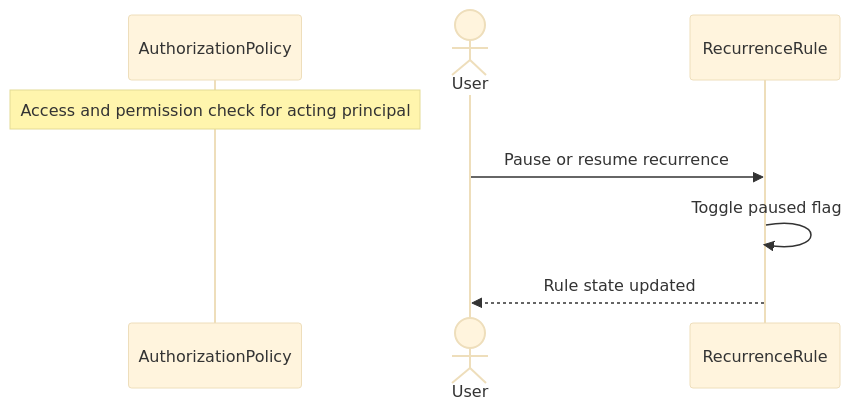
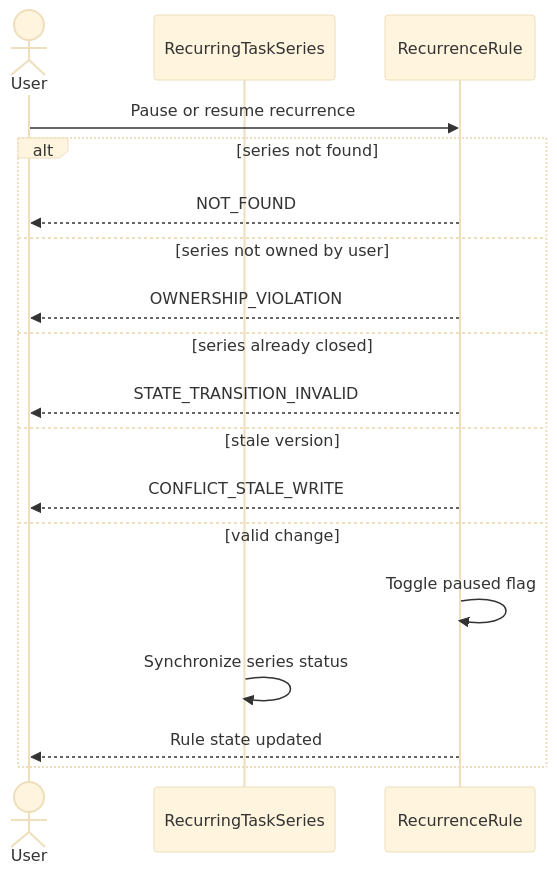
Diagram 13 of 15 in architecture/sequence-diagrams/03-tasks-recurrence.md (ChidiRnweke/margin), drawn with Mermaid (base theme) before and after one commit. The commit also changed other lines of this file and 12 other files, not shown here.

Commit message:
Enhance sequence diagrams and introduce traceability matrix

````diff
--- a/architecture/sequence-diagrams/03-tasks-recurrence.md
+++ b/architecture/sequence-diagrams/03-tasks-recurrence.md
@@ -215,10 +311,20 @@
 ```mermaid
 sequenceDiagram
-    participant G as AuthorizationPolicy
-    Note over G: Access and permission check for acting principal
     actor U as User
+    participant S as RecurringTaskSeries
     participant C as RecurrenceRule
     U->>C: Pause or resume recurrence
-    C->>C: Toggle paused flag
-    C-->>U: Rule state updated
+    alt series not found
+        C-->>U: NOT_FOUND
+    else series not owned by user
+        C-->>U: OWNERSHIP_VIOLATION
+    else series already closed
+        C-->>U: STATE_TRANSITION_INVALID
+    else stale version
+        C-->>U: CONFLICT_STALE_WRITE
+    else valid change
+        C->>C: Toggle paused flag
+        S->>S: Synchronize series status
+        C-->>U: Rule state updated
+    end
 ```
````
